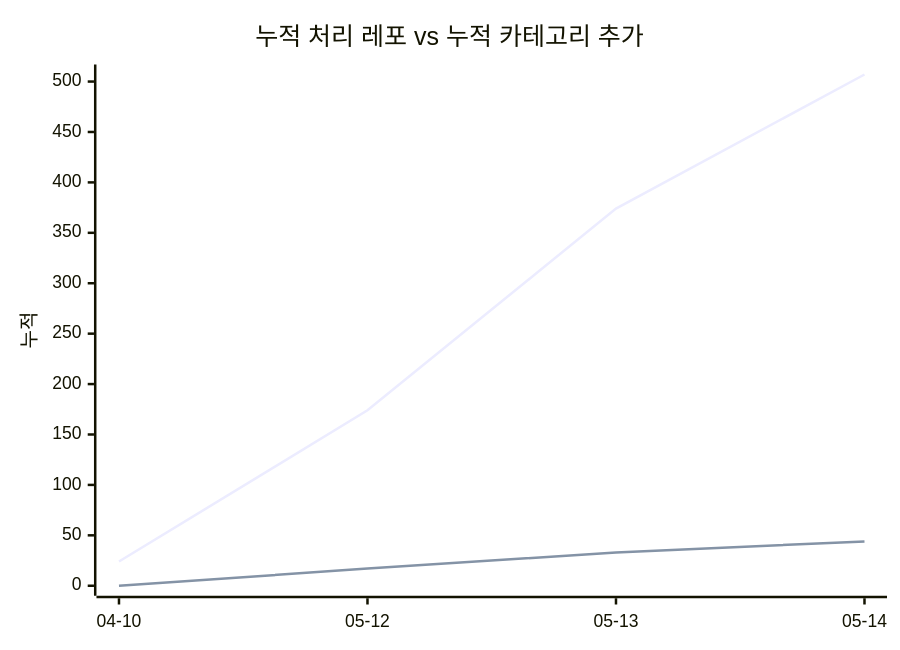
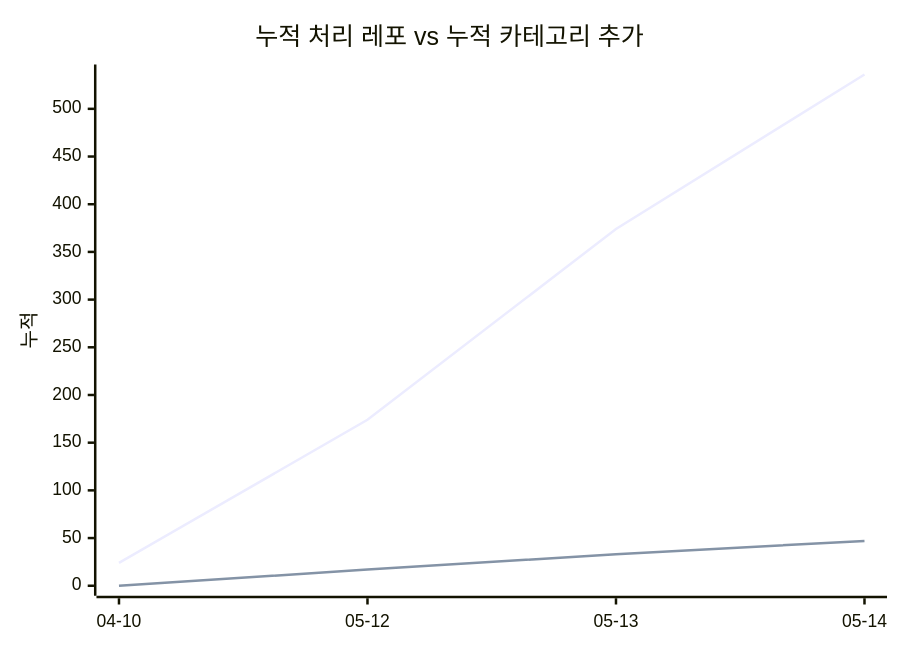
Before and after one commit to J-nowcow/awesome-korean-agent-skills: the second of 2 diagrams in docs/trends.md, drawn with Mermaid. The commit also changed other lines of this file and 6 other files, not shown here.

````diff
--- a/docs/trends.md
+++ b/docs/trends.md
@@ -58,8 +58,8 @@
 ```mermaid
 xychart-beta
     title "누적 처리 레포 vs 누적 카테고리 추가"
     x-axis ["04-10","05-12","05-13","05-14"]
     y-axis "누적"
-    line [24,174,374,507]
-    line [0,17,33,44]
+    line [24,174,374,536]
+    line [0,17,33,47]
 ```
````
